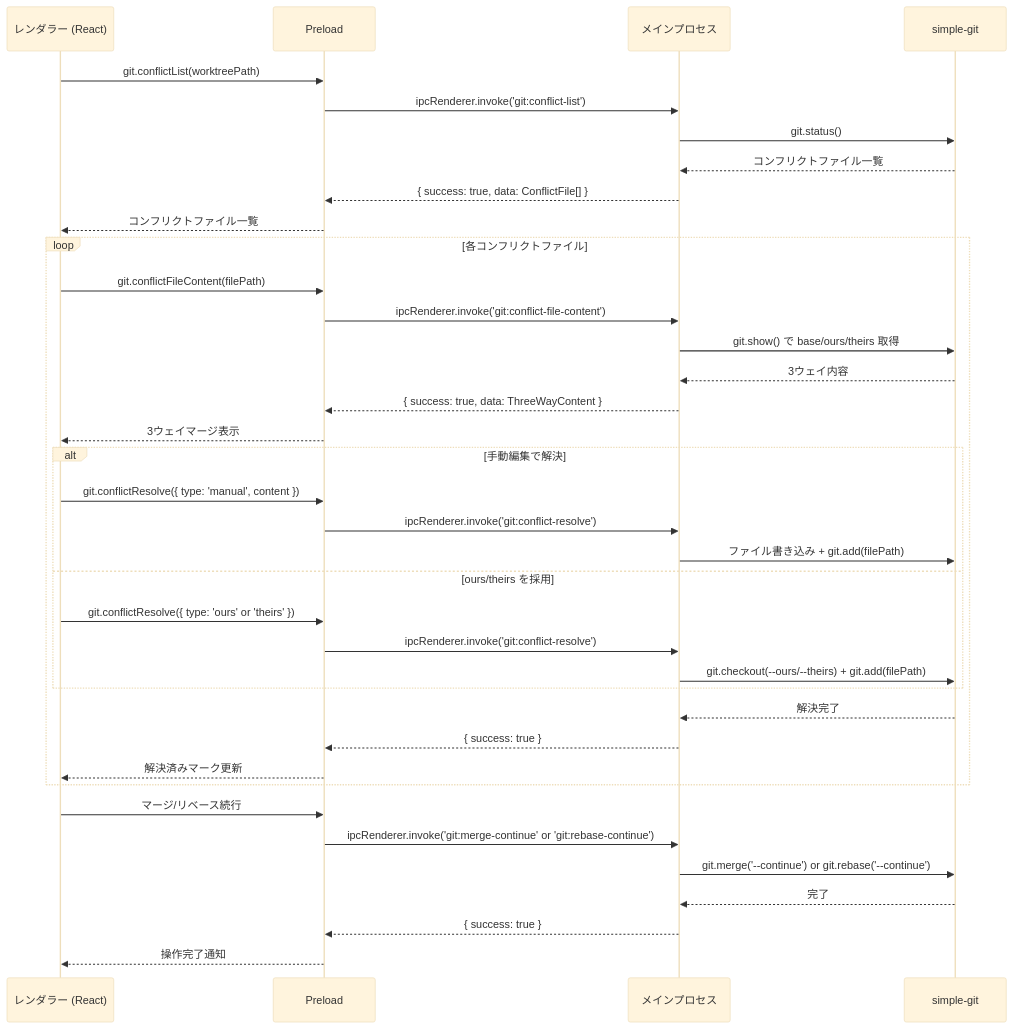
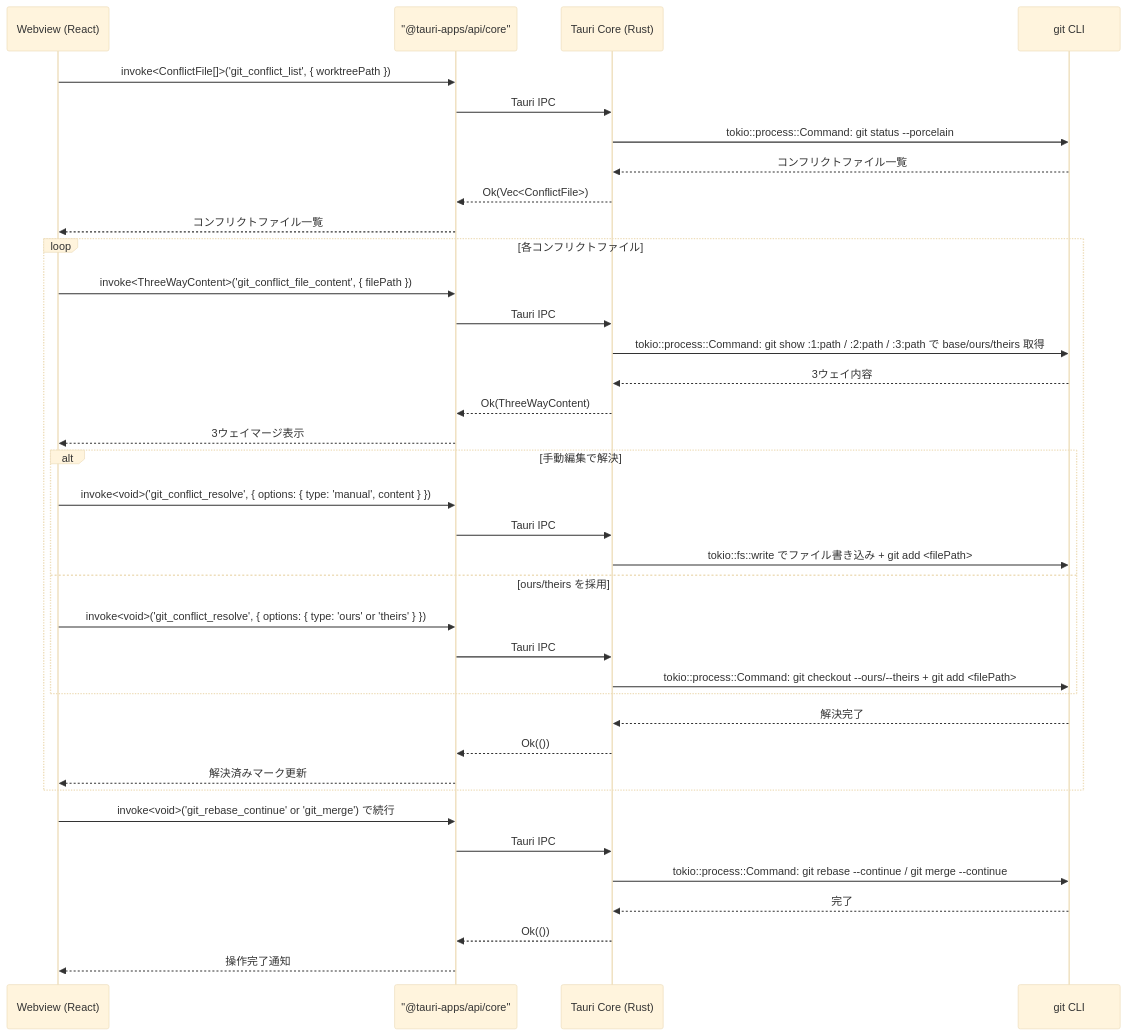
Before and after one commit to ToshikiImagawa/Buruma: the second of 3 diagrams in .sdd/specification/advanced-git-operations_spec.md, drawn with Mermaid (base theme). The commit also changed other lines of this file and 7 other files, not shown here.

````diff
--- a/.sdd/specification/advanced-git-operations_spec.md
+++ b/.sdd/specification/advanced-git-operations_spec.md
@@ -507,43 +510,43 @@
 ```mermaid
 sequenceDiagram
-    participant Renderer as レンダラー (React)
-    participant Preload as Preload
-    participant Main as メインプロセス
-    participant Git as simple-git
+    participant Webview as Webview (React)
+    participant Invoke as "@tauri-apps/api/core"
+    participant Core as Tauri Core (Rust)
+    participant Git as git CLI
 
-    Renderer ->> Preload: git.conflictList(worktreePath)
-    Preload ->> Main: ipcRenderer.invoke('git:conflict-list')
-    Main ->> Git: git.status()
-    Git -->> Main: コンフリクトファイル一覧
-    Main -->> Preload: { success: true, data: ConflictFile[] }
-    Preload -->> Renderer: コンフリクトファイル一覧
+    Webview ->> Invoke: invoke<ConflictFile[]>('git_conflict_list', { worktreePath })
+    Invoke ->> Core: Tauri IPC
+    Core ->> Git: tokio::process::Command: git status --porcelain
+    Git -->> Core: コンフリクトファイル一覧
+    Core -->> Invoke: Ok(Vec<ConflictFile>)
+    Invoke -->> Webview: コンフリクトファイル一覧
 
     loop 各コンフリクトファイル
-        Renderer ->> Preload: git.conflictFileContent(filePath)
-        Preload ->> Main: ipcRenderer.invoke('git:conflict-file-content')
-        Main ->> Git: git.show() で base/ours/theirs 取得
-        Git -->> Main: 3ウェイ内容
-        Main -->> Preload: { success: true, data: ThreeWayContent }
-        Preload -->> Renderer: 3ウェイマージ表示
+        Webview ->> Invoke: invoke<ThreeWayContent>('git_conflict_file_content', { filePath })
+        Invoke ->> Core: Tauri IPC
+        Core ->> Git: tokio::process::Command: git show :1:path / :2:path / :3:path で base/ours/theirs 取得
+        Git -->> Core: 3ウェイ内容
+        Core -->> Invoke: Ok(ThreeWayContent)
+        Invoke -->> Webview: 3ウェイマージ表示
 
         alt 手動編集で解決
-            Renderer ->> Preload: git.conflictResolve({ type: 'manual', content })
-            Preload ->> Main: ipcRenderer.invoke('git:conflict-resolve')
-            Main ->> Git: ファイル書き込み + git.add(filePath)
+            Webview ->> Invoke: invoke<void>('git_conflict_resolve', { options: { type: 'manual', content } })
+            Invoke ->> Core: Tauri IPC
+            Core ->> Git: tokio::fs::write でファイル書き込み + git add <filePath>
         else ours/theirs を採用
-            Renderer ->> Preload: git.conflictResolve({ type: 'ours' or 'theirs' })
-            Preload ->> Main: ipcRenderer.invoke('git:conflict-resolve')
-            Main ->> Git: git.checkout(--ours/--theirs) + git.add(filePath)
+            Webview ->> Invoke: invoke<void>('git_conflict_resolve', { options: { type: 'ours' or 'theirs' } })
+            Invoke ->> Core: Tauri IPC
+            Core ->> Git: tokio::process::Command: git checkout --ours/--theirs + git add <filePath>
         end
-        Git -->> Main: 解決完了
-        Main -->> Preload: { success: true }
-        Preload -->> Renderer: 解決済みマーク更新
+        Git -->> Core: 解決完了
+        Core -->> Invoke: Ok(())
+        Invoke -->> Webview: 解決済みマーク更新
     end
 
-    Renderer ->> Preload: マージ/リベース続行
-    Preload ->> Main: ipcRenderer.invoke('git:merge-continue' or 'git:rebase-continue')
-    Main ->> Git: git.merge('--continue') or git.rebase('--continue')
-    Git -->> Main: 完了
-    Main -->> Preload: { success: true }
-    Preload -->> Renderer: 操作完了通知
+    Webview ->> Invoke: invoke<void>('git_rebase_continue' or 'git_merge') で続行
+    Invoke ->> Core: Tauri IPC
+    Core ->> Git: tokio::process::Command: git rebase --continue / git merge --continue
+    Git -->> Core: 完了
+    Core -->> Invoke: Ok(())
+    Invoke -->> Webview: 操作完了通知
 ```
````
